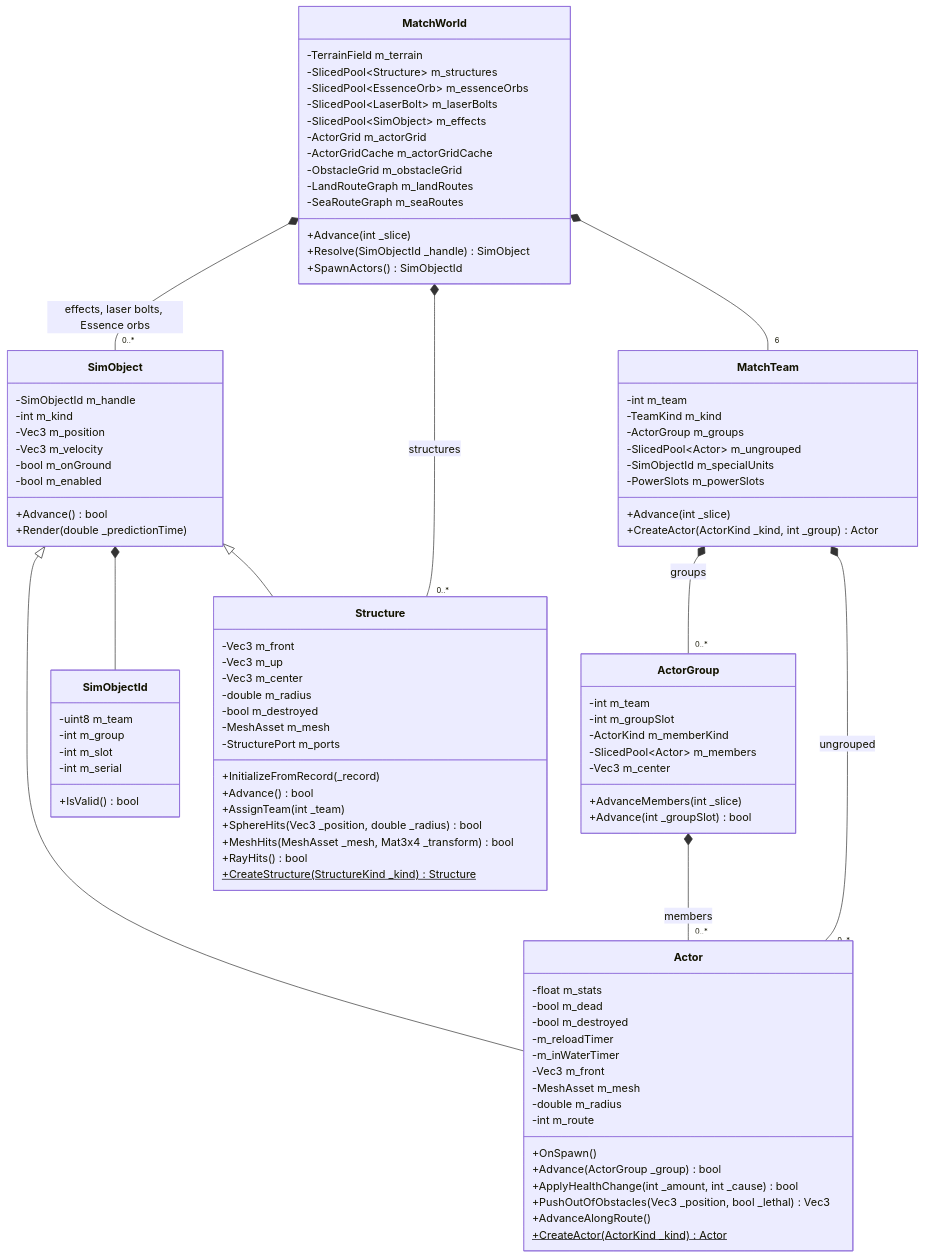
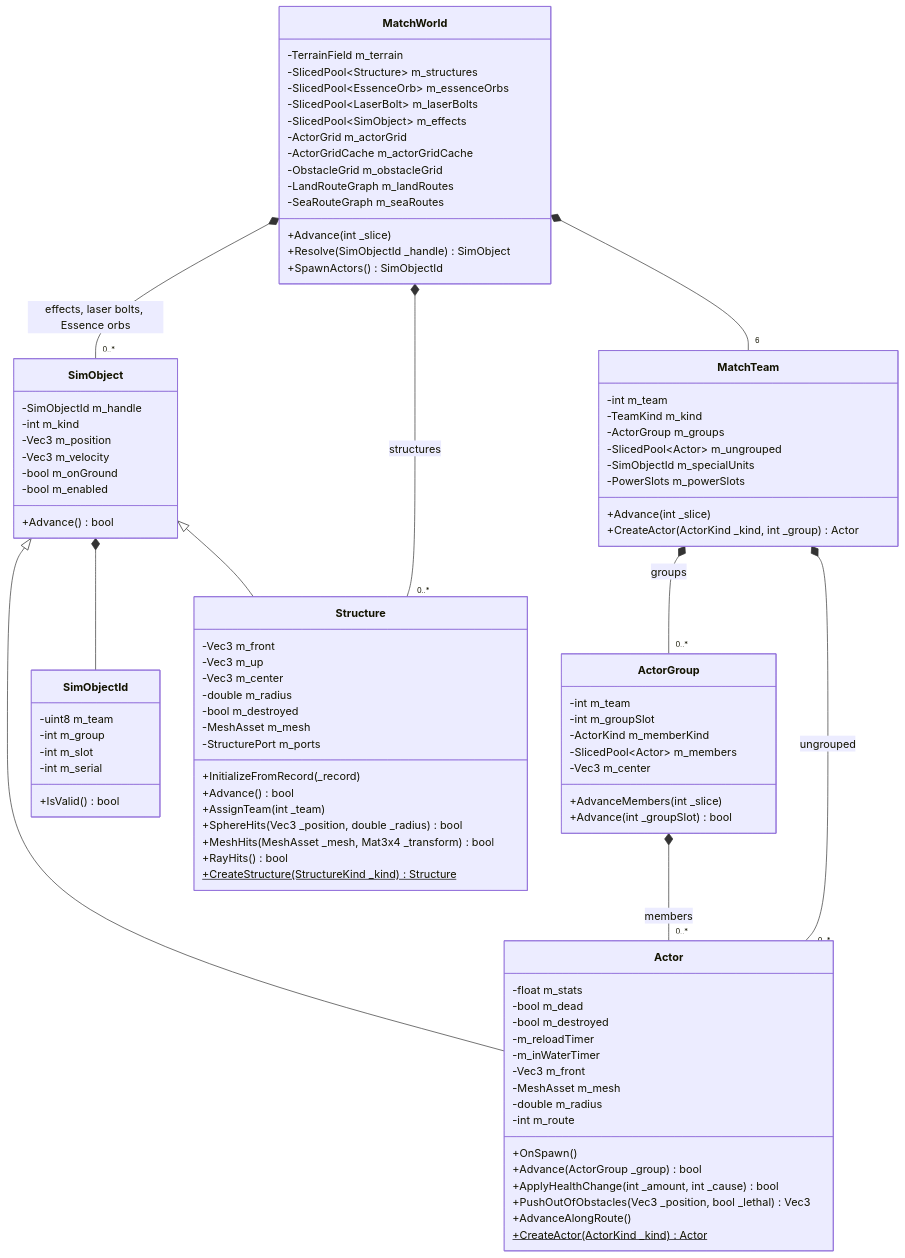
The first of 9 diagrams in design_next/reference/12_simulation_model/03_entity_model_and_identity.md (Zwaliebaba/Species.AI), drawn with Mermaid before and after one commit. The commit also changed other lines of this file and 14 other files, not shown here.

```diff
--- a/design_next/reference/12_simulation_model/03_entity_model_and_identity.md
+++ b/design_next/reference/12_simulation_model/03_entity_model_and_identity.md
@@ -87,7 +87,6 @@
       -bool m_onGround
       -bool m_enabled
       +Advance() bool
-      +Render(double _predictionTime)
     }
     class Actor {
       -float m_stats
```
